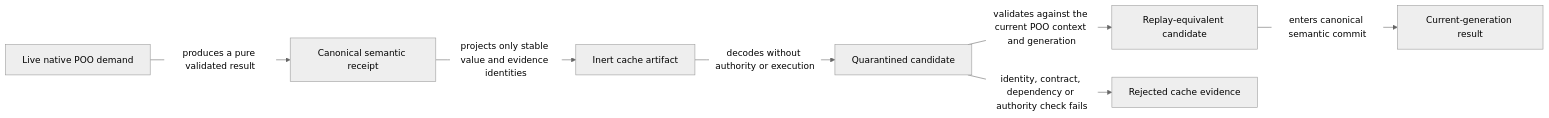
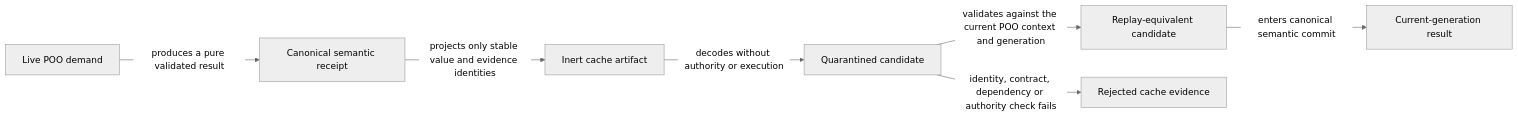
One commit to tao3k/gebril-yuanxu changed the first of 3 diagrams in module-system/design/45-34-pure-poo-cache-materialization-and-live-object-boundary.org. Above: the diagram before and after it, drawn with Mermaid (neutral theme). The commit also changed other lines of this file and 1469 other files, not shown here.

```diff
--- a/module-system/design/45-34-pure-poo-cache-materialization-and-live-object-boundary.org
+++ b/module-system/design/45-34-pure-poo-cache-materialization-and-live-object-boundary.org
@@ -45,9 +45,9 @@
 #+begin_src mermaid
 flowchart LR
-  O["Live native POO demand"] -->|"produces a pure validated result"| S["Canonical semantic receipt"]
+  O["Live POO demand"] -->|"produces a pure validated result"| S["Canonical semantic receipt"]
   S -->|"projects only stable value and evidence identities"| A["Inert cache artifact"]
   A -->|"decodes without authority or execution"| Q["Quarantined candidate"]
   Q -->|"validates against the current POO context and generation"| V["Replay-equivalent candidate"]
   V -->|"enters canonical semantic commit"| R["Current-generation result"]
   Q -->|"identity, contract, dependency or authority check fails"| X["Rejected cache evidence"]
 #+end_src
```
